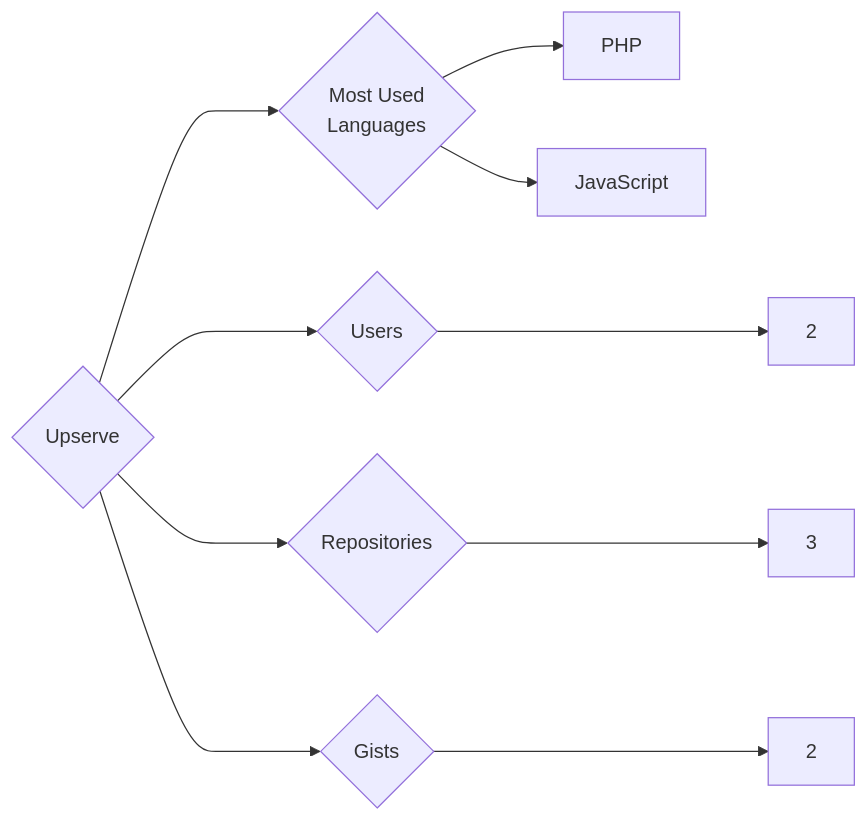
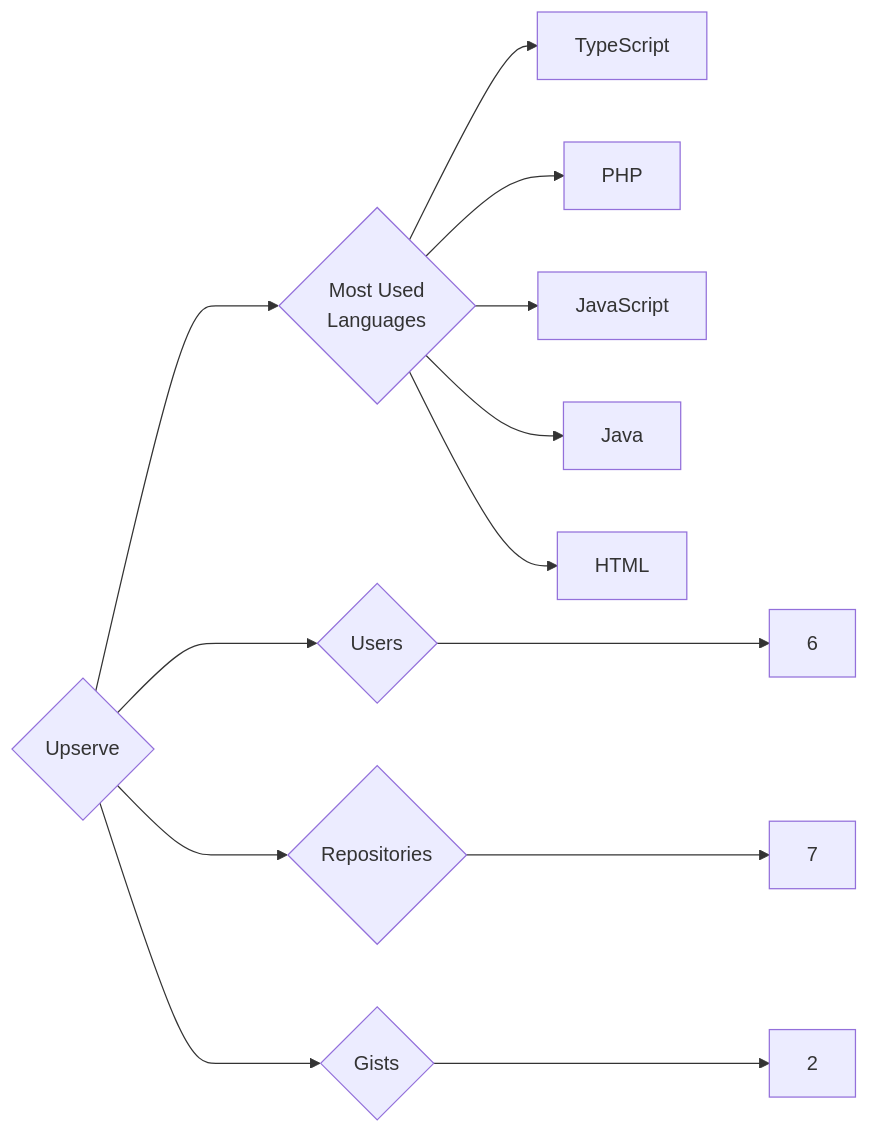
Before and after one commit to trickest/insiders: the diagram in targets/Upserve/README.md, drawn with Mermaid. The commit also changed 695 other files, not shown here.

````diff
--- a/targets/Upserve/README.md
+++ b/targets/Upserve/README.md
@@ -3,10 +3,13 @@
 ```mermaid
 graph LR
 COMPANY_NAME{Upserve}
-COMPANY_NAME ---> U{Users} ---> UN[2]
-COMPANY_NAME ---> R{Repositories} ---> RN[3]
+COMPANY_NAME ---> U{Users} ---> UN[6]
+COMPANY_NAME ---> R{Repositories} ---> RN[7]
 COMPANY_NAME ---> G{Gists} ---> GN[2]
 COMPANY_NAME ---> ML{Most Used<br>Languages}
+ML --> TypeScript[TypeScript]
 ML --> PHP[PHP]
 ML --> JavaScript[JavaScript]
+ML --> Java[Java]
+ML --> HTML[HTML]
 ```
````
